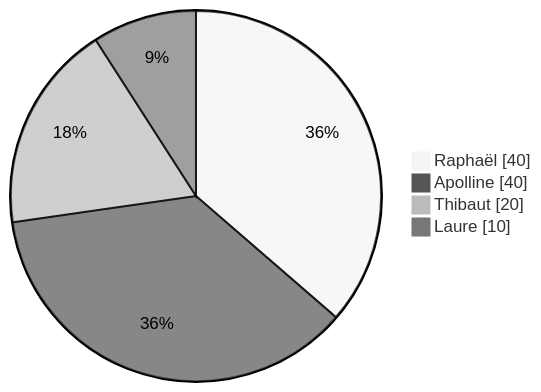
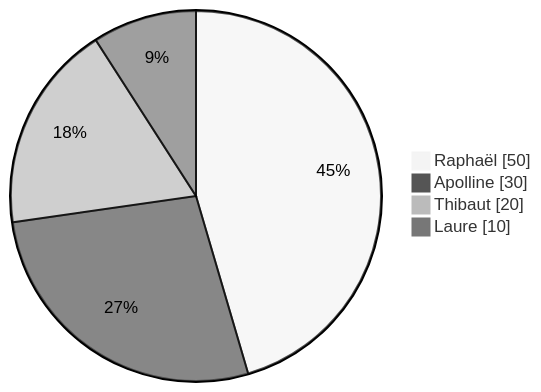
Before and after one commit to ING1-Paris/ece-world-paris-ing1-2022-2023-td4-mario-parteam: diagram 13 of 13 in marp-projet-info/presentation.md, drawn with Mermaid. The commit also changed other lines of this file, not shown here.

```diff
--- a/marp-projet-info/presentation.md
+++ b/marp-projet-info/presentation.md
@@ -589,8 +598,8 @@
 <div class="mermaid">
 %%{init: {'theme':'neutral'}}%%
 pie showData
-    "Raphaël" : 40
-    "Apolline" : 40
+    "Raphaël" : 50
+    "Apolline" : 30
     "Thibaut" : 20
     "Laure" : 10
 </div>
```
